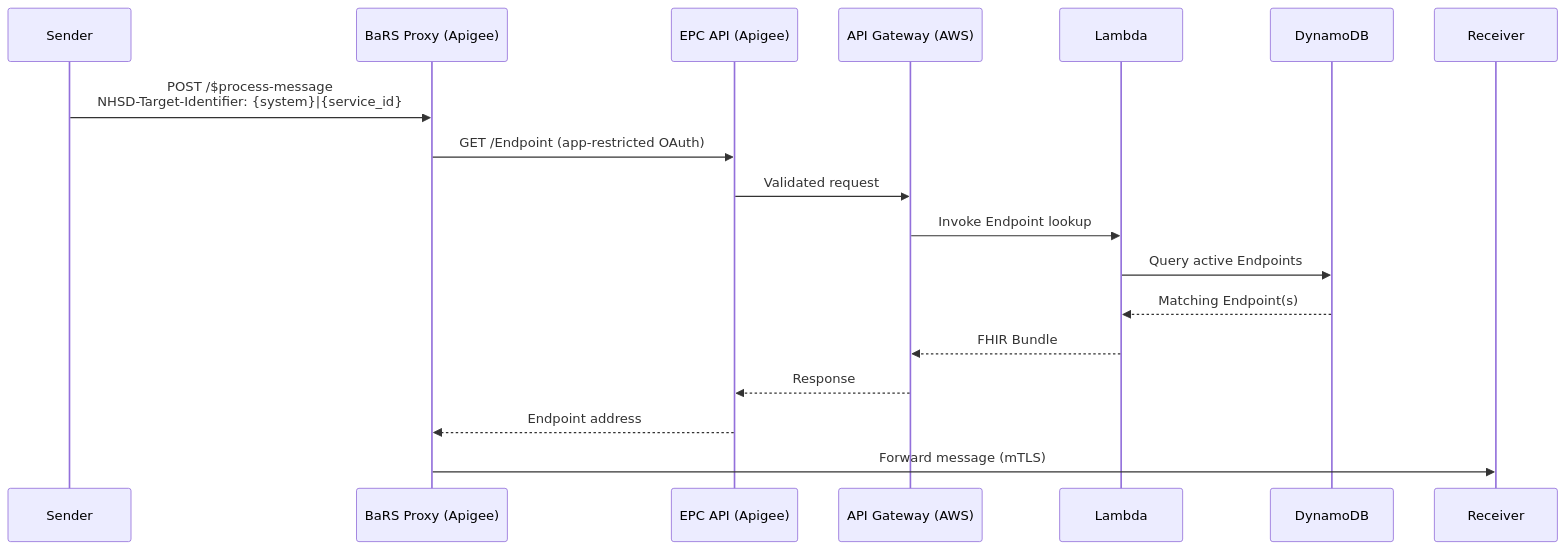
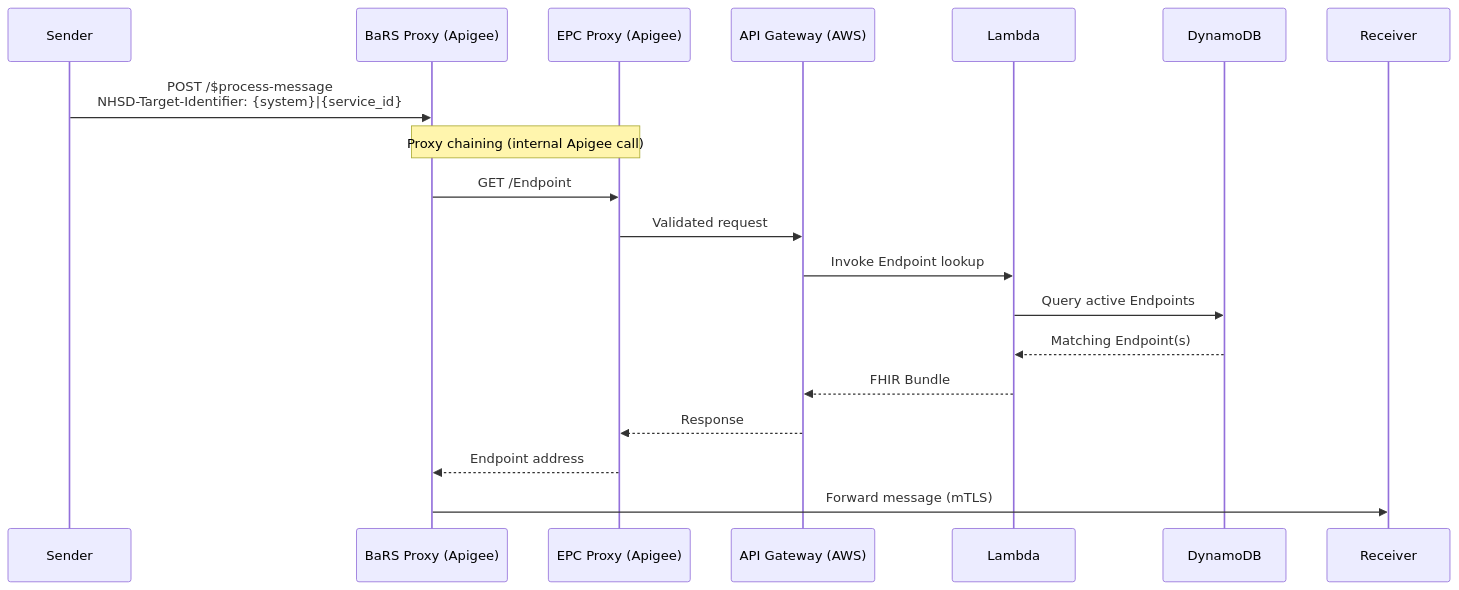
Before and after one commit to RichardWardNHSD/epc-work: the third of 5 diagrams in Documents/architecture.md, drawn with Mermaid. The commit also changed other lines of this file, not shown here.

Commit message:
uplift on proxy chain

````diff
--- a/Documents/architecture.md
+++ b/Documents/architecture.md
@@ -309,21 +314,22 @@
 ```mermaid
 sequenceDiagram
     participant Sender
     participant BaRS_Proxy as BaRS Proxy (Apigee)
-    participant EPC_API as EPC API (Apigee)
+    participant EPC_Proxy as EPC Proxy (Apigee)
     participant EPC_GW as API Gateway (AWS)
     participant Lambda
     participant DDB as DynamoDB
     participant Receiver
 
     Sender->>BaRS_Proxy: POST /$process-message<br/>NHSD-Target-Identifier: {system}|{service_id}
-    BaRS_Proxy->>EPC_API: GET /Endpoint (app-restricted OAuth)
-    EPC_API->>EPC_GW: Validated request
+    Note over BaRS_Proxy,EPC_Proxy: Proxy chaining (internal Apigee call)
+    BaRS_Proxy->>EPC_Proxy: GET /Endpoint
+    EPC_Proxy->>EPC_GW: Validated request
     EPC_GW->>Lambda: Invoke Endpoint lookup
     Lambda->>DDB: Query active Endpoints
     DDB-->>Lambda: Matching Endpoint(s)
     Lambda-->>EPC_GW: FHIR Bundle
-    EPC_GW-->>EPC_API: Response
-    EPC_API-->>BaRS_Proxy: Endpoint address
+    EPC_GW-->>EPC_Proxy: Response
+    EPC_Proxy-->>BaRS_Proxy: Endpoint address
     BaRS_Proxy->>Receiver: Forward message (mTLS)
 ```
````
